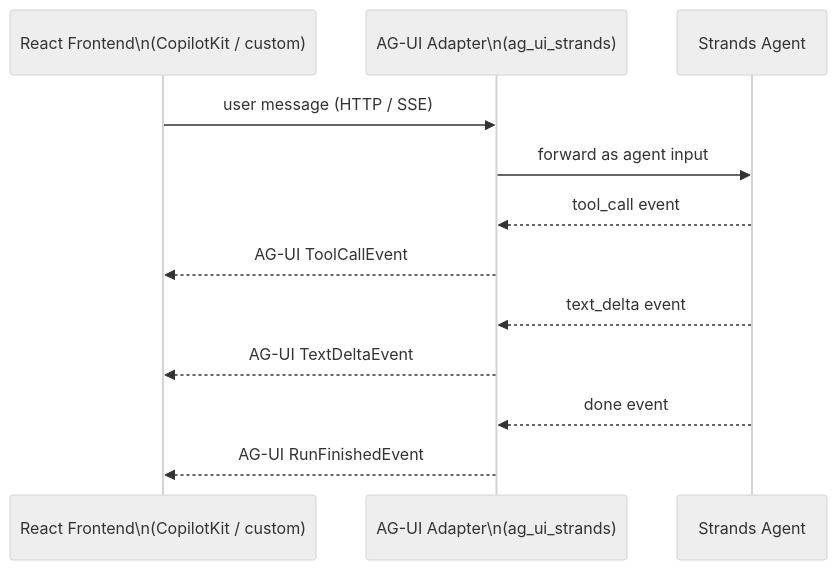
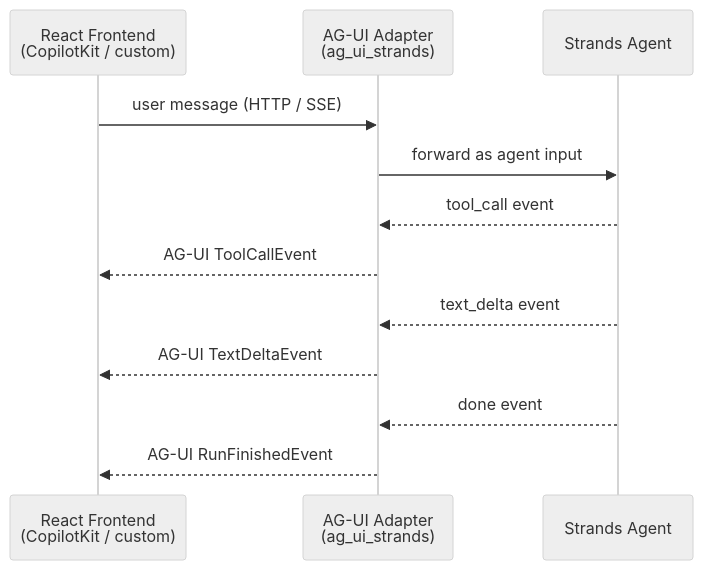
The diagram in docs/levels/L44-ag-ui-agent-to-frontend-protocol.md (snymanpaul/aws_agent_1), drawn with Mermaid (neutral theme) before and after one commit. The commit also changed 54 other files, not shown here.

First line of the commit message:
Fix every broken mermaid diagram and gate the two failure modes

````diff
--- a/docs/levels/L44-ag-ui-agent-to-frontend-protocol.md
+++ b/docs/levels/L44-ag-ui-agent-to-frontend-protocol.md
@@ -12,15 +12,15 @@
 ```mermaid
 sequenceDiagram
-    participant React as React Frontend\n(CopilotKit / custom)
-    participant AGUI as AG-UI Adapter\n(ag_ui_strands)
+    participant React as React Frontend<br/>(CopilotKit / custom)
+    participant AGUI as AG-UI Adapter<br/>(ag_ui_strands)
     participant Agent as Strands Agent
 
     React->>AGUI: user message (HTTP / SSE)
     AGUI->>Agent: forward as agent input
     Agent-->>AGUI: tool_call event
     AGUI-->>React: AG-UI ToolCallEvent
     Agent-->>AGUI: text_delta event
     AGUI-->>React: AG-UI TextDeltaEvent
     Agent-->>AGUI: done event
     AGUI-->>React: AG-UI RunFinishedEvent
 ```
````
